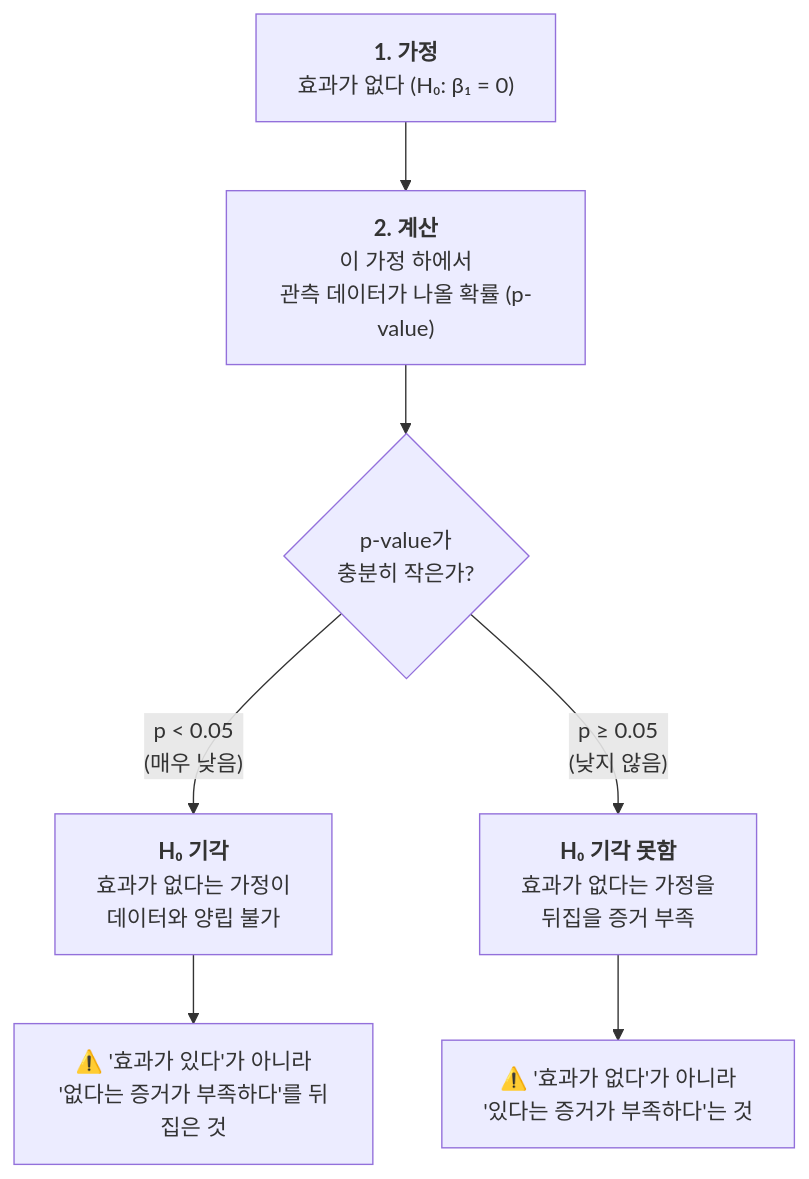
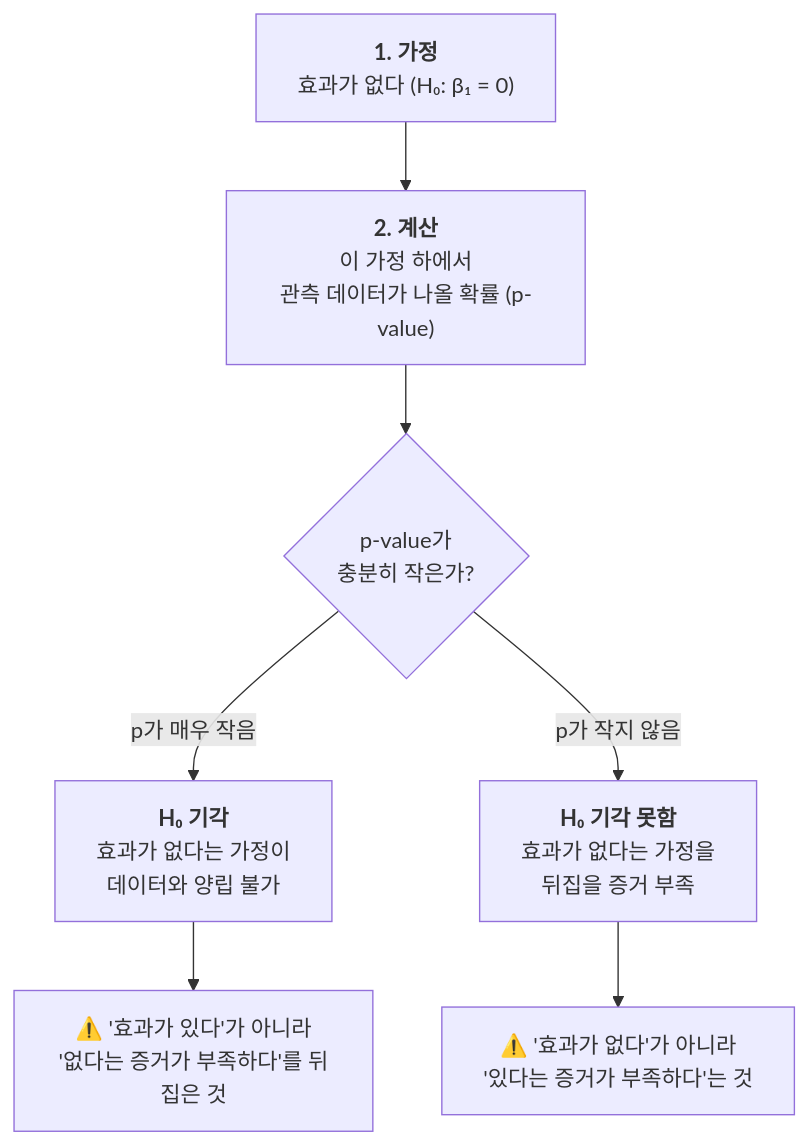
The second of 5 diagrams in 20260321.md (minvv23/sogang-soc-advanced-data-analysis-ii), drawn with Mermaid before and after one commit. The commit also changed other lines of this file, not shown here.

First line of the commit message:
Remove measurement error flowchart, fix p-value threshold in flowchart

````diff
--- a/20260321.md
+++ b/20260321.md
@@ -595,9 +578,9 @@
 ```mermaid
 flowchart TD
     A["<b>1. 가정</b><br/>효과가 없다 (H₀: β₁ = 0)"] --> B["<b>2. 계산</b><br/>이 가정 하에서<br/>관측 데이터가 나올 확률 (p-value)"]
     B --> C{p-value가<br/>충분히 작은가?}
-    C -->|"p < 0.05<br/>(매우 낮음)"| D["<b>H₀ 기각</b><br/>효과가 없다는 가정이<br/>데이터와 양립 불가"]
-    C -->|"p ≥ 0.05<br/>(낮지 않음)"| E["<b>H₀ 기각 못함</b><br/>효과가 없다는 가정을<br/>뒤집을 증거 부족"]
+    C -->|"p가 매우 작음"| D["<b>H₀ 기각</b><br/>효과가 없다는 가정이<br/>데이터와 양립 불가"]
+    C -->|"p가 작지 않음"| E["<b>H₀ 기각 못함</b><br/>효과가 없다는 가정을<br/>뒤집을 증거 부족"]
     D --> F["⚠️ '효과가 있다'가 아니라<br/>'없다는 증거가 부족하다'를 뒤집은 것"]
     E --> G["⚠️ '효과가 없다'가 아니라<br/>'있다는 증거가 부족하다'는 것"]
 ```
````
